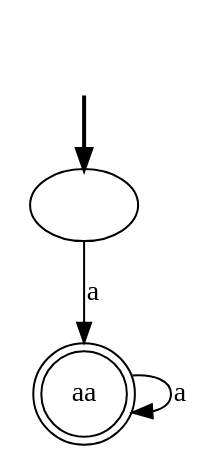
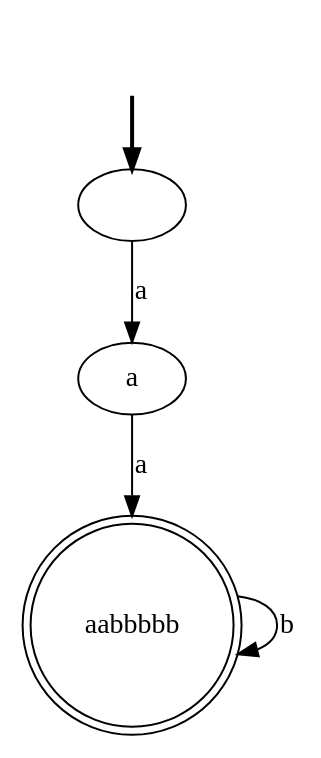
The diagram in dfa.dot (kimzheng7/RPNI), drawn with Graphviz before and after one commit. The commit also changed 4 other files, not shown here.

```diff
--- a/dfa.dot
+++ b/dfa.dot
@@ -1,8 +1,10 @@
 digraph {
 	fake [style=invisible]
 	"" [root=true]
-	aa [shape=doublecircle]
+	aabbbbb [shape=doublecircle]
+	a
 	fake -> "" [style=bold]
-	"" -> aa [label=a]
-	aa -> aa [label=a]
+	"" -> a [label=a]
+	a -> aabbbbb [label=a]
+	aabbbbb -> aabbbbb [label=b]
 }
```
